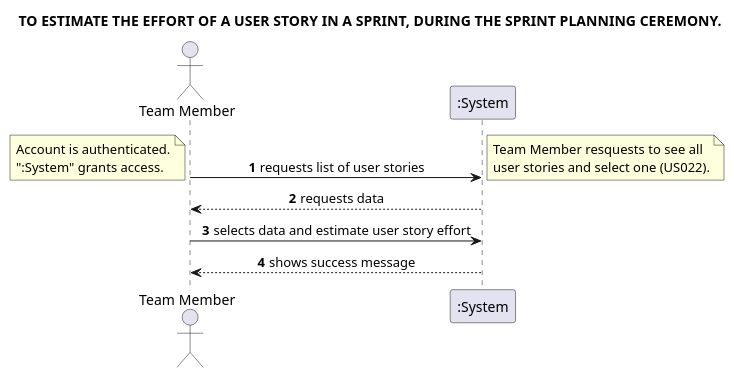
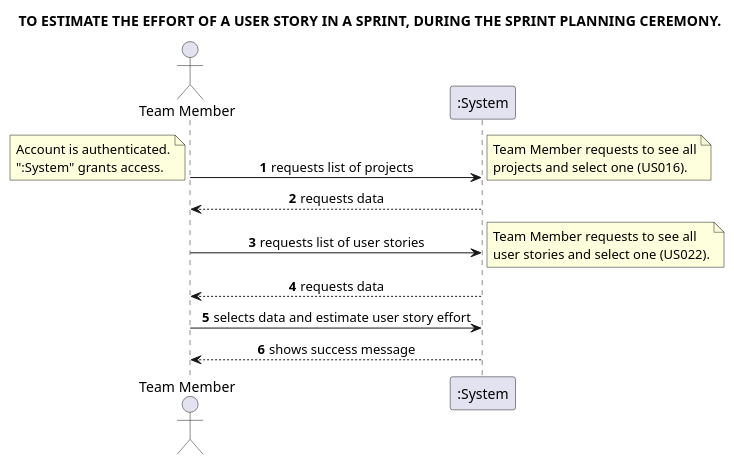
One commit to Loracline/project_switch_22-23 changed diagram 41 of 41 in docs/requirements_gathering/system_sequence_diagrams/systemSequenceDiagram.puml. Above: the diagram before and after it, drawn with PlantUML. The commit also changed 1 other file, not shown here.

Commit message:
US021 : Design : Update of sequence diagram references #122 | Update of system sequence diagram #30

```diff
--- a/docs/requirements_gathering/system_sequence_diagrams/systemSequenceDiagram.puml
+++ b/docs/requirements_gathering/system_sequence_diagrams/systemSequenceDiagram.puml
@@ -669,20 +669,31 @@
 @startuml
 skinparam sequenceMessageAlign center
 title TO ESTIMATE THE EFFORT OF A USER STORY IN A SPRINT, DURING THE SPRINT PLANNING CEREMONY.
 
 actor "Team Member"
 autonumber
-"Team Member" -> ":System": requests list of user stories
+
+
+
+"Team Member" -> ":System": requests list of projects
 note left
 Account is authenticated.
 ":System" grants access.
 end note
 
 note right
-Team Member resquests to see all
+Team Member requests to see all
+projects and select one (US016).
+end note
+"Team Member" <-- ":System": requests data
+"Team Member" -> ":System": requests list of user stories
+
+
+note right
+Team Member requests to see all
 user stories and select one (US022).
 end note
 "Team Member" <-- ":System": requests data
 "Team Member" -> ":System": selects data and estimate user story effort
 "Team Member" <-- ":System": shows success message
 @enduml
```
